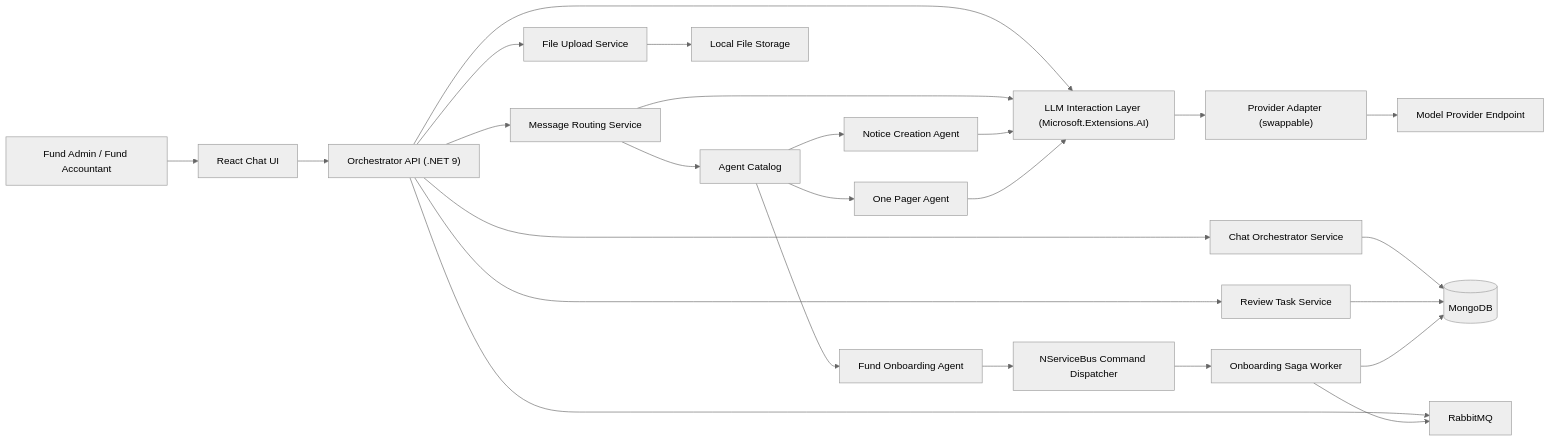
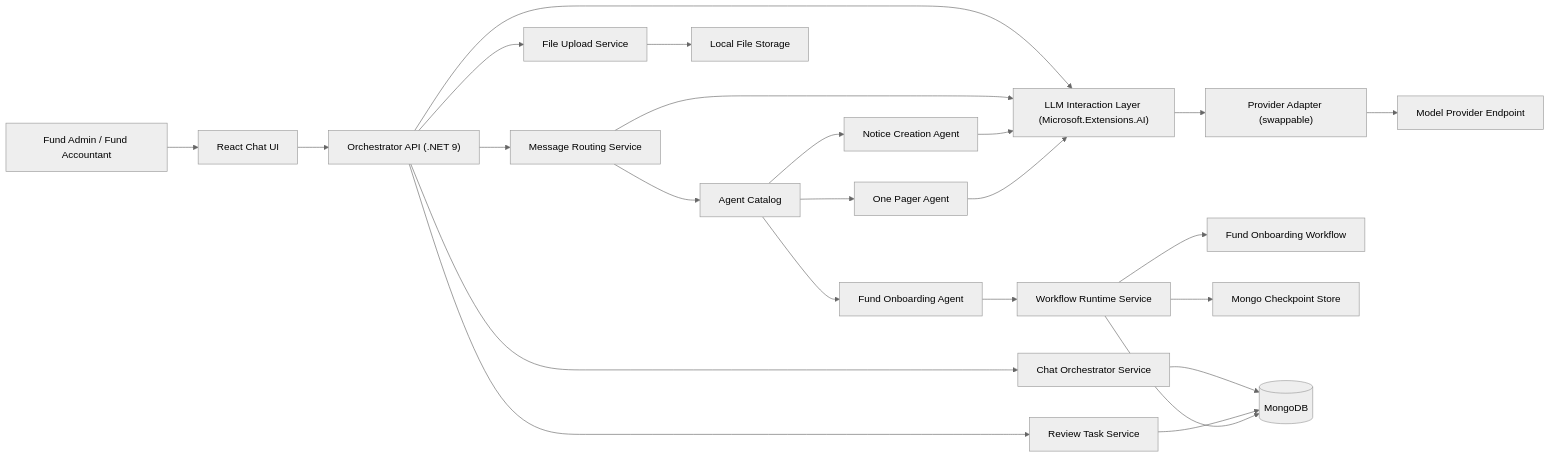
One commit to naveenpatilcbit/agentic-orchestrator changed the first of 15 diagrams in docs/system-design.md. Above: the diagram before and after it, drawn with Mermaid (neutral theme). The commit also changed other lines of this file and 30 other files, not shown here.

Commit message:
Replace saga onboarding with workflow runtime

````diff
--- a/docs/system-design.md
+++ b/docs/system-design.md
@@ -124,32 +125,30 @@
 ```mermaid
 flowchart LR
     U["Fund Admin / Fund Accountant"] --> UI["React Chat UI"]
     UI --> API["Orchestrator API (.NET 9)"]
 
     API --> ROUTER["Message Routing Service"]
     API --> CHAT["Chat Orchestrator Service"]
     API --> REV["Review Task Service"]
     API --> FILES["File Upload Service"]
     API --> LLM["LLM Interaction Layer (Microsoft.Extensions.AI)"]
 
     ROUTER --> AGENTS["Agent Catalog"]
     AGENTS --> NOTICE["Notice Creation Agent"]
     AGENTS --> ONEPAGER["One Pager Agent"]
     AGENTS --> ONBOARD["Fund Onboarding Agent"]
     ROUTER --> LLM
     NOTICE --> LLM
     ONEPAGER --> LLM
     LLM --> PROVIDER["Provider Adapter (swappable)"]
     PROVIDER --> MODEL["Model Provider Endpoint"]
 
-    ONBOARD --> NSB["NServiceBus Command Dispatcher"]
-    NSB --> SAGA["Onboarding Saga Worker"]
+    ONBOARD --> WFRT["Workflow Runtime Service"]
+    WFRT --> WFLOW["Fund Onboarding Workflow"]
+    WFRT --> WFCHECK["Mongo Checkpoint Store"]
 
     CHAT --> MONGO[("MongoDB")]
     REV --> MONGO
-    SAGA --> MONGO
+    WFRT --> MONGO
     FILES --> DISK["Local File Storage"]
-
-    API --> RABBIT["RabbitMQ"]
-    SAGA --> RABBIT
 ```
````
